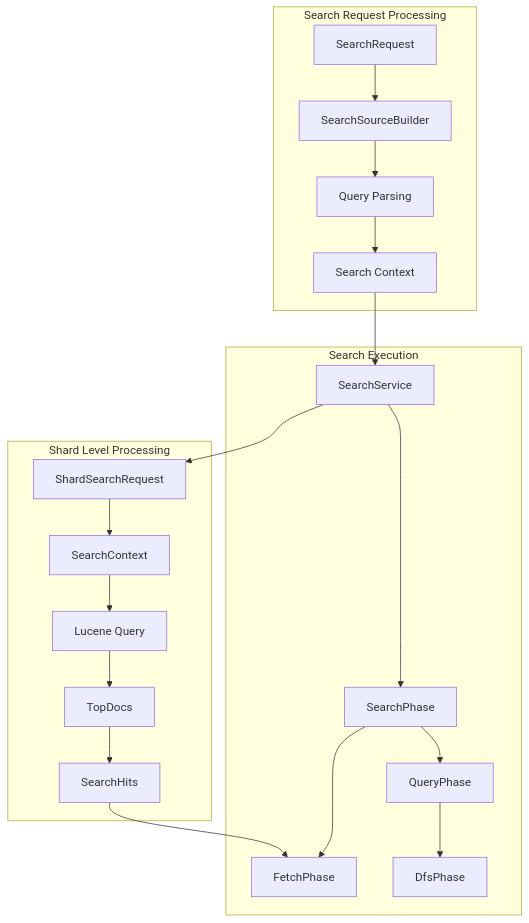
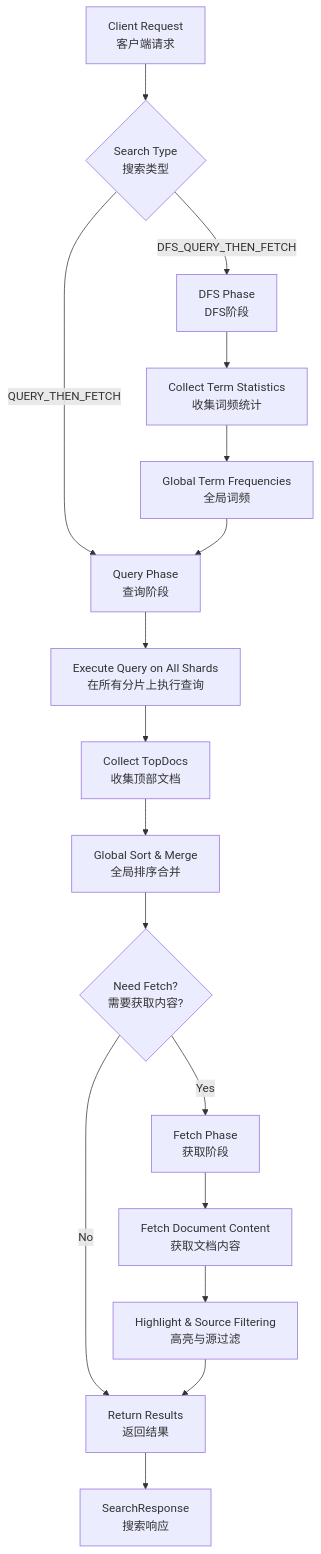
The ninth of 23 diagrams in content/posts/elasticsearch-source-analysis.md (haoyunlt/myblog), drawn with Mermaid before and after one commit. The commit also changed other lines of this file and 335 other files, not shown here.

````diff
--- a/content/posts/elasticsearch-source-analysis.md
+++ b/content/posts/elasticsearch-source-analysis.md
@@ -367,26 +2860,26 @@
 ```mermaid
-graph TB
-    subgraph "Search Request Processing"
-        A[SearchRequest] --> B[SearchSourceBuilder]
-        B --> C[Query Parsing]
-        C --> D[Search Context]
-    end
+flowchart TD
+    A[Client Request<br/>客户端请求] --> B{Search Type<br/>搜索类型}
 
-    subgraph "Search Execution"
-        E[SearchService] --> F[SearchPhase]
-        F --> G[QueryPhase]
-        F --> H[FetchPhase]
-        G --> I[DfsPhase]
-    end
+    B -->|QUERY_THEN_FETCH| C[Query Phase<br/>查询阶段]
+    B -->|DFS_QUERY_THEN_FETCH| D[DFS Phase<br/>DFS阶段]
 
-    subgraph "Shard Level Processing"
-        J[ShardSearchRequest] --> K[SearchContext]
-        K --> L[Lucene Query]
-        L --> M[TopDocs]
-        M --> N[SearchHits]
-    end
+    D --> E[Collect Term Statistics<br/>收集词频统计]
+    E --> F[Global Term Frequencies<br/>全局词频]
+    F --> C
 
-    D --> E
-    E --> J
-    N --> H
+    C --> G[Execute Query on All Shards<br/>在所有分片上执行查询]
+    G --> H[Collect TopDocs<br/>收集顶部文档]
+    H --> I[Global Sort & Merge<br/>全局排序合并]
+
+    I --> J{Need Fetch?<br/>需要获取内容?}
+
+    J -->|Yes| K[Fetch Phase<br/>获取阶段]
+    J -->|No| L[Return Results<br/>返回结果]
+
+    K --> M[Fetch Document Content<br/>获取文档内容]
+    M --> N[Highlight & Source Filtering<br/>高亮与源过滤]
+    N --> L
+
+    L --> O[SearchResponse<br/>搜索响应]
 ```
````
